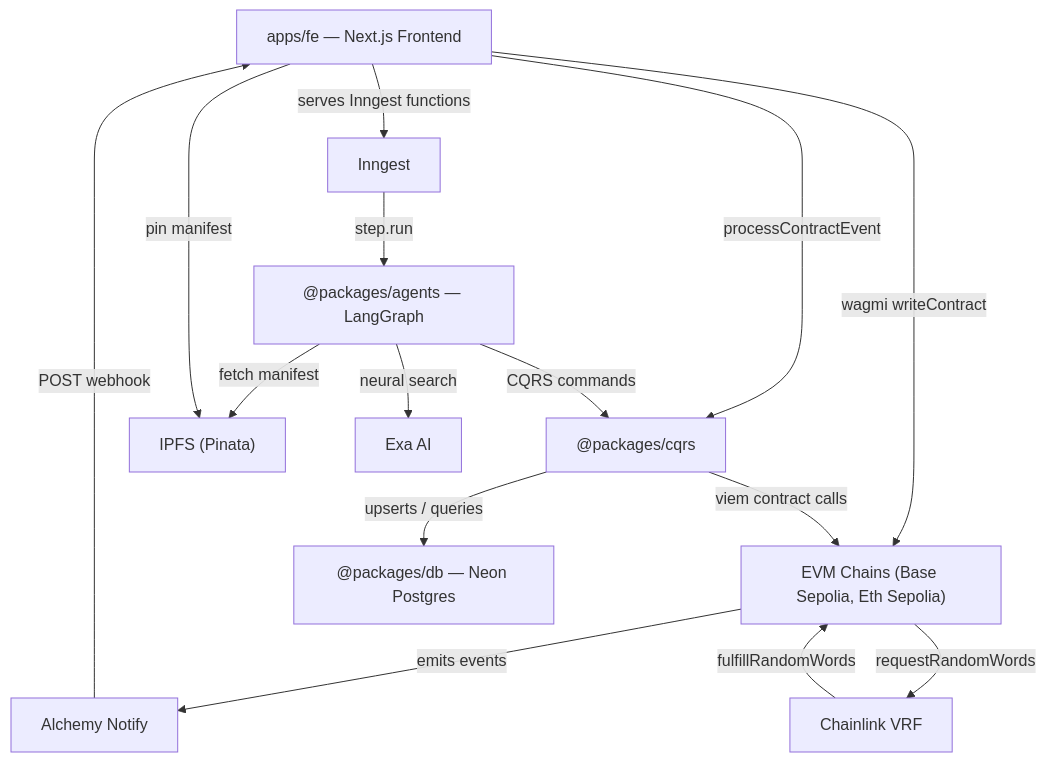
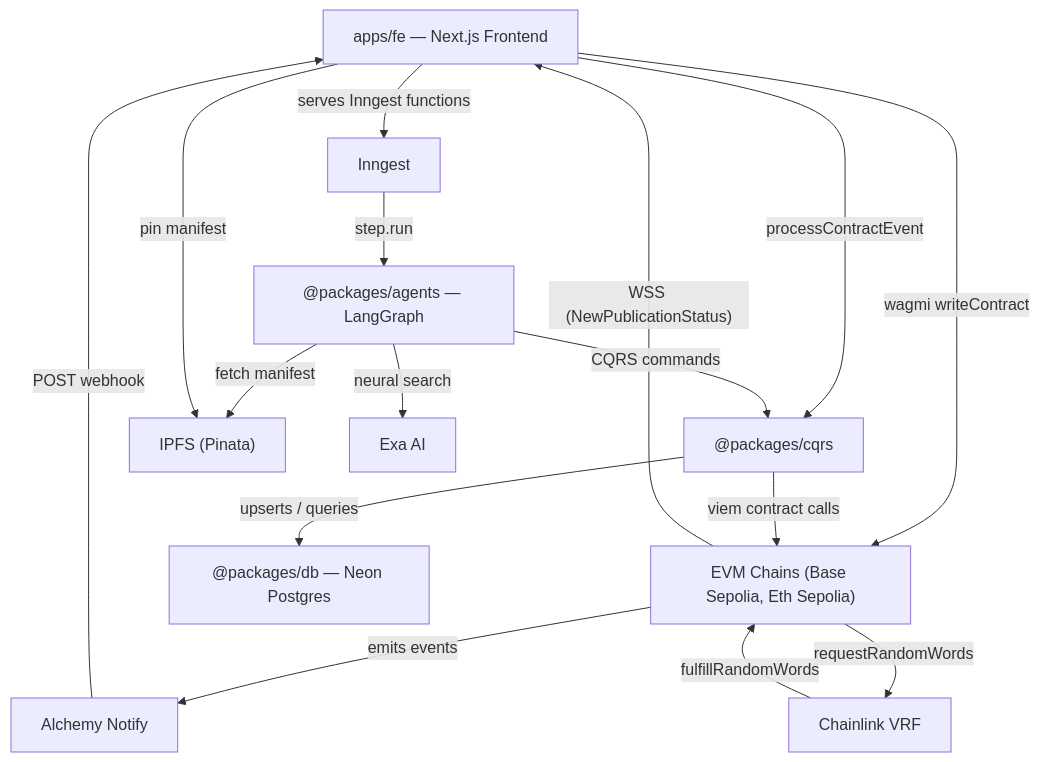
One commit to SiegfriedBz/BioVerify_Agentic_DApp changed the first of 4 diagrams in README.md. Above: the diagram before and after it, drawn with Mermaid. The commit also changed other lines of this file and 1 other file, not shown here.

````diff
--- a/README.md
+++ b/README.md
@@ -32,28 +42,29 @@
 ```mermaid
 graph TD
     FE["apps/fe — Next.js Frontend"]
     BC["EVM Chains (Base Sepolia, Eth Sepolia)"]
     Alchemy["Alchemy Notify"]
     CQRS["@packages/cqrs"]
     DB["@packages/db — Neon Postgres"]
     Inngest["Inngest"]
     Agents["@packages/agents — LangGraph"]
     IPFS["IPFS (Pinata)"]
     VRF["Chainlink VRF"]
     EXA["Exa AI"]
 
     FE -- "wagmi writeContract" --> BC
     BC -- "emits events" --> Alchemy
     Alchemy -- "POST webhook" --> FE
     FE -- "processContractEvent" --> CQRS
+    BC -- "WSS (NewPublicationStatus)" --> FE
     CQRS -- "upserts / queries" --> DB
     CQRS -- "viem contract calls" --> BC
     FE -- "serves Inngest functions" --> Inngest
     Inngest -- "step.run" --> Agents
     Agents -- "CQRS commands" --> CQRS
     Agents -- "fetch manifest" --> IPFS
     Agents -- "neural search" --> EXA
     FE -- "pin manifest" --> IPFS
     BC -- "requestRandomWords" --> VRF
     VRF -- "fulfillRandomWords" --> BC
 ```
````
